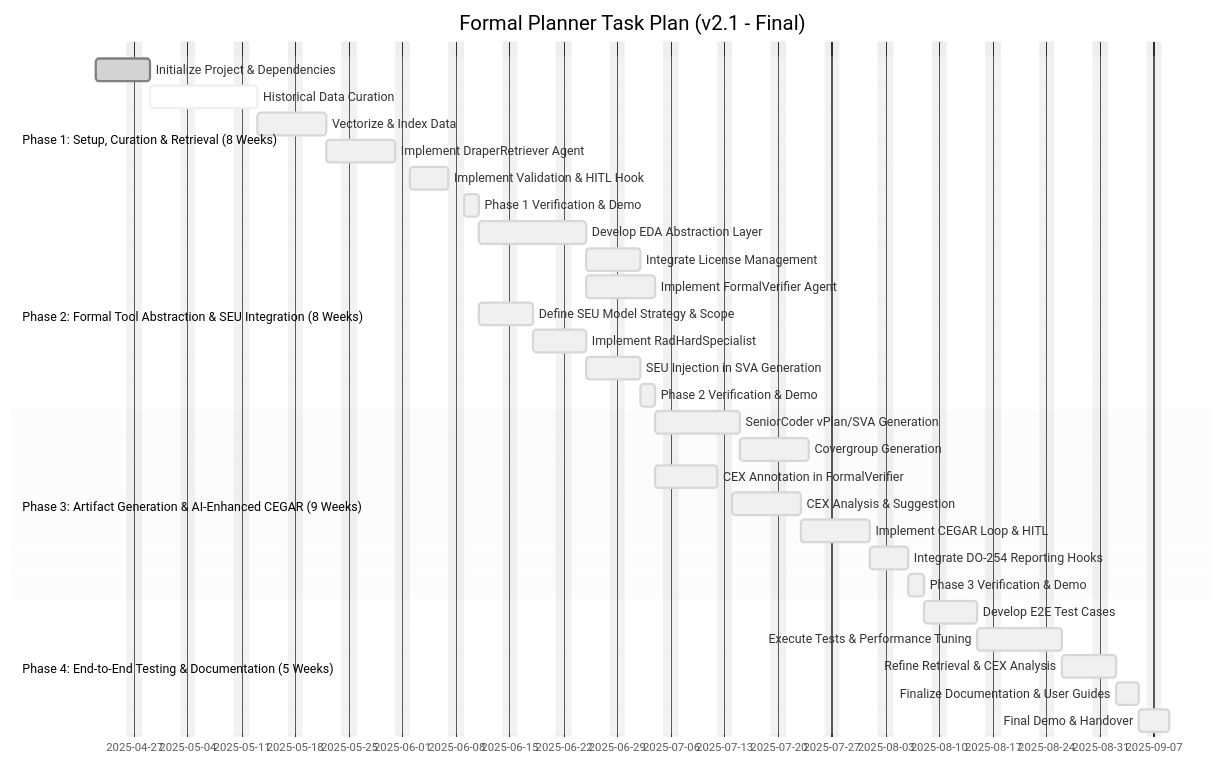
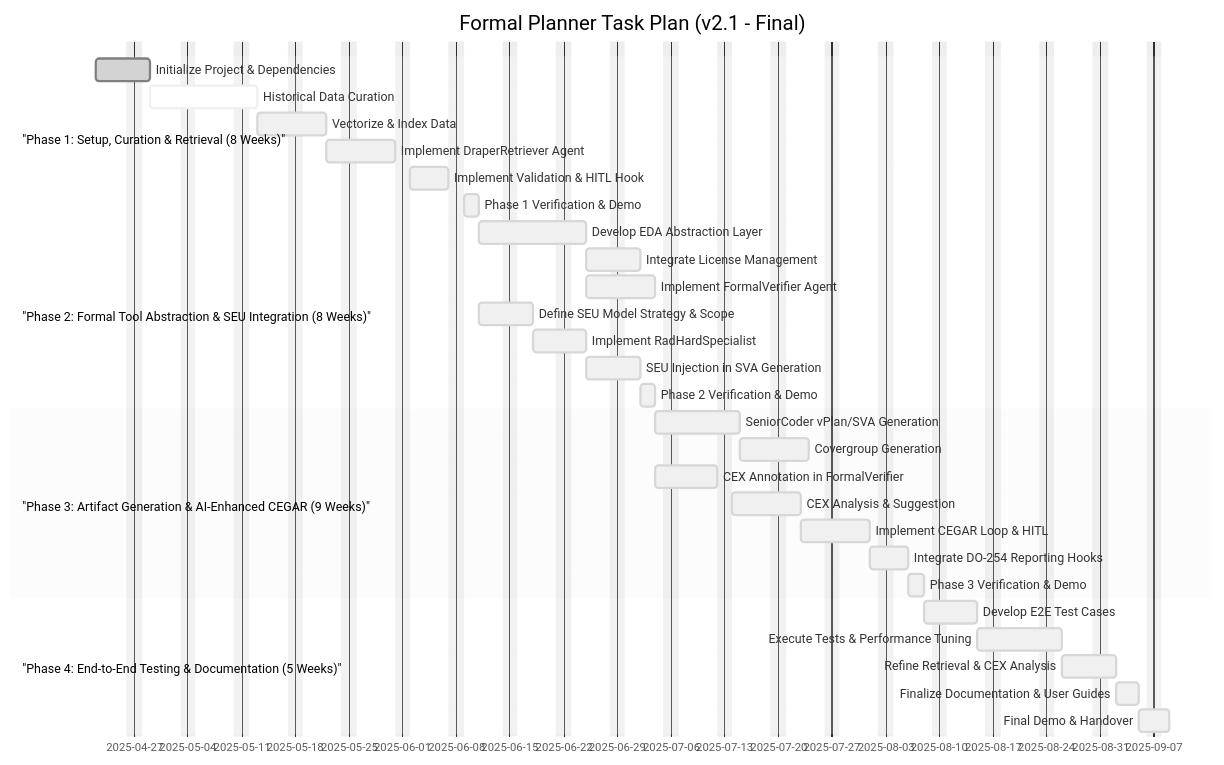
Before and after one commit to grahama1970/draper: the diagram in draper_formal_planner/task.md, drawn with Mermaid. The commit also changed other lines of this file and 4 other files, not shown here.

````diff
--- a/draper_formal_planner/task.md
+++ b/draper_formal_planner/task.md
@@ -51,40 +53,40 @@
 ```mermaid
 %%{init: {'theme': 'base', 'themeVariables': { 'primaryColor': '#f0f0f0'}}}%%
 gantt
     dateFormat  YYYY-MM-DD
     title       Formal Planner Task Plan (v2.1 - Final)
     excludes    weekends
 
-    section Phase 1: Setup, Curation & Retrieval (8 Weeks)
+    section "Phase 1: Setup, Curation & Retrieval (8 Weeks)"
     Initialize Project & Dependencies          :done, P1T1, 2025-04-22, 5d
     Historical Data Curation                   :active, P1T2, after P1T1, 10d
     Vectorize & Index Data                     :P1T3, after P1T2, 7d
     Implement DraperRetriever Agent            :P1T4, after P1T3, 7d
     Implement Validation & HITL Hook           :P1T5, after P1T4, 5d
     Phase 1 Verification & Demo                :P1T6, after P1T5, 2d
 
-    section Phase 2: Formal Tool Abstraction & SEU Integration (8 Weeks)
+    section "Phase 2: Formal Tool Abstraction & SEU Integration (8 Weeks)"
     Develop EDA Abstraction Layer              :P2T1, after P1T6, 10d
     Integrate License Management               :P2T2, after P2T1, 5d
     Implement FormalVerifier Agent             :P2T3, after P2T1, 7d
     Define SEU Model Strategy & Scope          :P2T4, after P1T6, 5d
     Implement RadHardSpecialist                :P2T5, after P2T4, 5d
     SEU Injection in SVA Generation            :P2T6, after P2T5, 5d
     Phase 2 Verification & Demo                :P2T7, after P2T6, 2d
 
-    section Phase 3: Artifact Generation & AI-Enhanced CEGAR (9 Weeks)
+    section "Phase 3: Artifact Generation & AI-Enhanced CEGAR (9 Weeks)"
     SeniorCoder vPlan/SVA Generation           :P3T1, after P2T7, 7d
     Covergroup Generation                      :P3T2, after P3T1, 7d
     CEX Annotation in FormalVerifier           :P3T3, after P2T7, 6d
     CEX Analysis & Suggestion                  :P3T4, after P3T3, 7d
     Implement CEGAR Loop & HITL                :P3T5, after P3T4, 7d
     Integrate DO-254 Reporting Hooks           :P3T6, after P3T5, 3d
     Phase 3 Verification & Demo                :P3T7, after P3T6, 2d
 
-    section Phase 4: End-to-End Testing & Documentation (5 Weeks)
+    section "Phase 4: End-to-End Testing & Documentation (5 Weeks)"
     Develop E2E Test Cases                     :P4T1, after P3T7, 5d
     Execute Tests & Performance Tuning         :P4T2, after P4T1, 7d
     Refine Retrieval & CEX Analysis            :P4T3, after P4T2, 5d
     Finalize Documentation & User Guides       :P4T4, after P4T3, 3d
     Final Demo & Handover                     :P4T5, after P4T4, 2d
 ```
````
